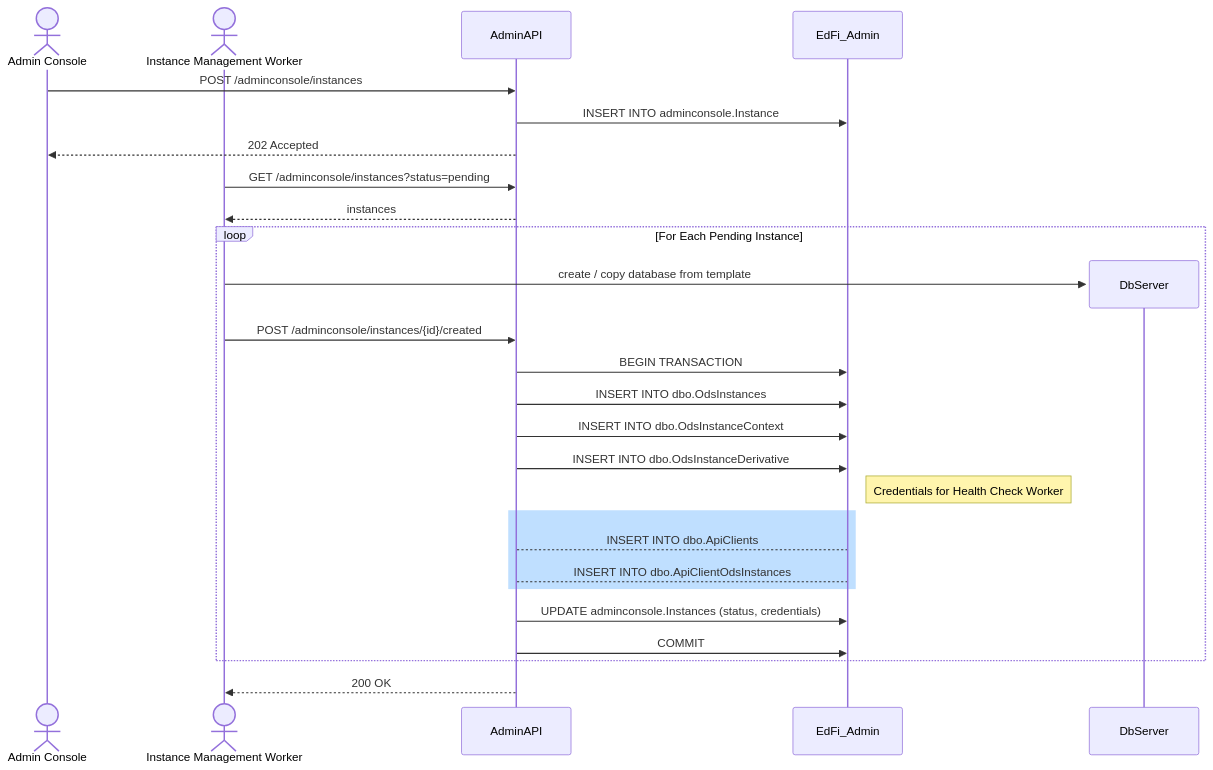
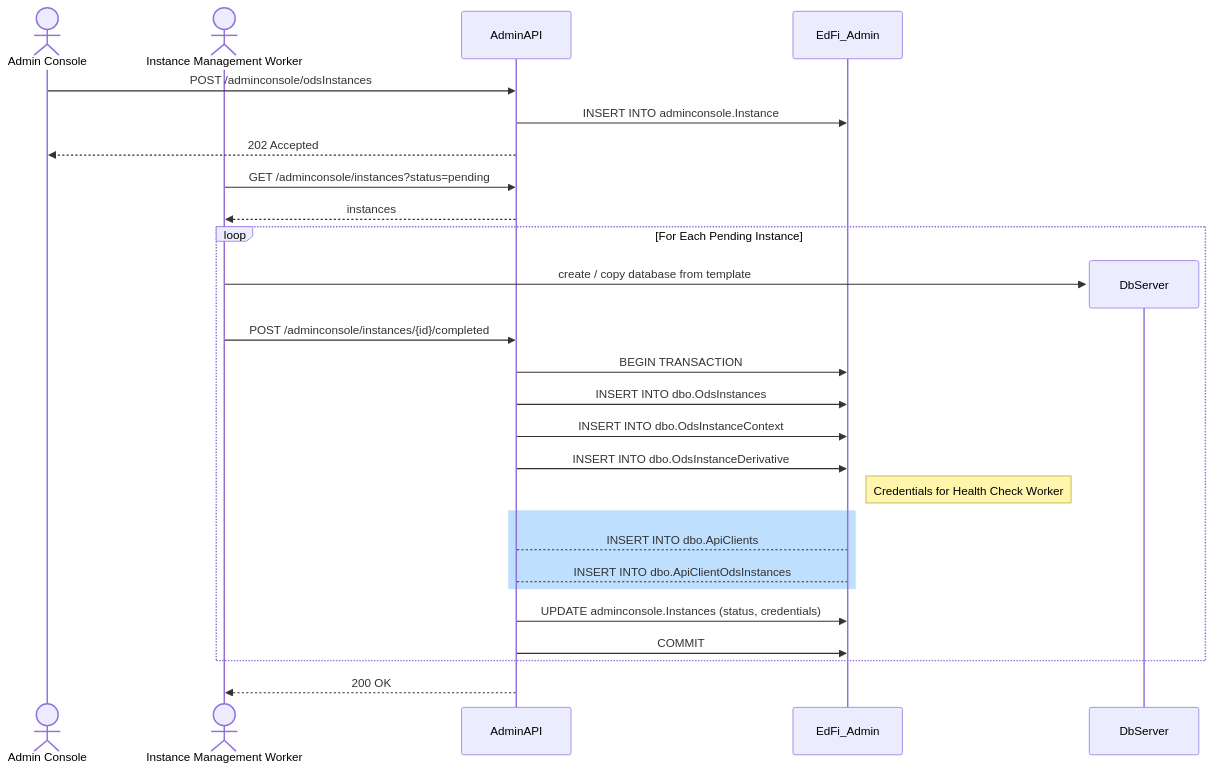
The second of 4 diagrams in docs/design/adminconsole/INSTANCE-MANAGEMENT.md (Ed-Fi-Alliance-OSS/AdminAPI-2.x), drawn with Mermaid before and after one commit. The commit also changed other lines of this file and 3 other files, not shown here.

Commit message:
Diagram fix Fix inconsistencies in API design More detail on synchronization and client credentials

````diff
--- a/docs/design/adminconsole/INSTANCE-MANAGEMENT.md
+++ b/docs/design/adminconsole/INSTANCE-MANAGEMENT.md
@@ -84,40 +85,40 @@
 ```mermaid
 sequenceDiagram
     actor Console as Admin Console
     actor Worker as Instance Management Worker
     participant AdminAPI
     participant EdFi_Admin
 
-    Console ->> AdminAPI: POST /adminconsole/instances
+    Console ->> AdminAPI: POST /adminconsole/odsInstances
     AdminAPI ->> EdFi_Admin: INSERT INTO adminconsole.Instance
     AdminAPI -->> Console: 202 Accepted
 
     Worker ->> AdminAPI: GET /adminconsole/instances?status=pending
     AdminAPI -->> Worker: instances
 
     loop For Each Pending Instance
         create participant DbServer
 
         Worker ->> DbServer: create / copy database from template
 
-        Worker ->> AdminAPI: POST /adminconsole/instances/{id}/created
+        Worker ->> AdminAPI: POST /adminconsole/instances/{id}/completed
 
         AdminAPI ->> EdFi_Admin: BEGIN TRANSACTION
         AdminAPI ->> EdFi_Admin: INSERT INTO dbo.OdsInstances
         AdminAPI ->> EdFi_Admin: INSERT INTO dbo.OdsInstanceContext
         AdminAPI ->> EdFi_Admin: INSERT INTO dbo.OdsInstanceDerivative
 
         note right of EdFi_Admin: Credentials for Health Check Worker        
         rect rgb(191, 223, 255)
             AdminAPI --> EdFi_Admin: INSERT INTO dbo.ApiClients
             AdminAPI --> EdFi_Admin: INSERT INTO dbo.ApiClientOdsInstances
         end
 
         AdminAPI ->> EdFi_Admin: UPDATE adminconsole.Instances (status, credentials)
         
         AdminAPI ->> EdFi_Admin: COMMIT
 
     end
 
     AdminAPI -->> Worker: 200 OK
 ```
````
